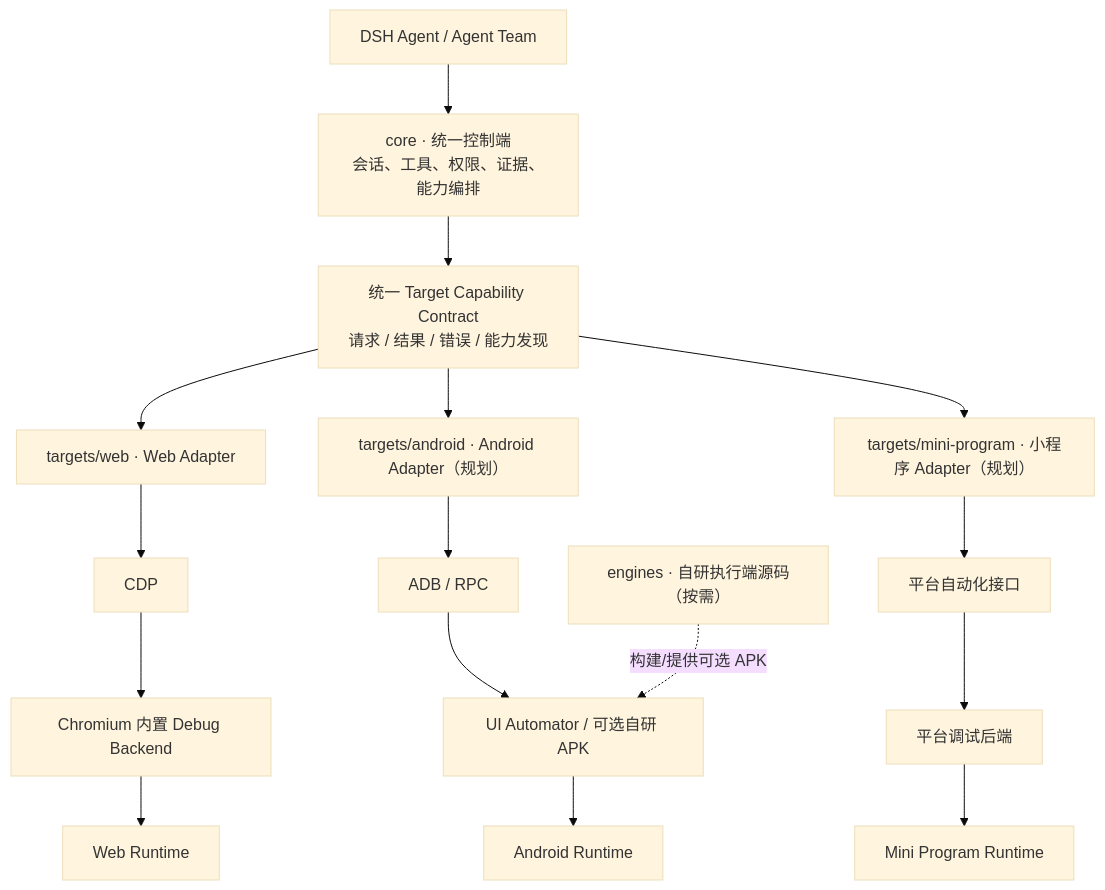
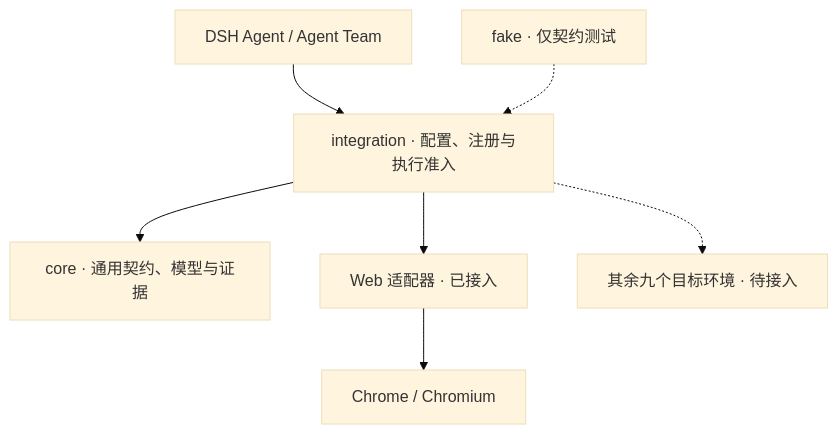
Before and after one commit to bloodarea/dsh-agent-team-ui-testing: the diagram in README_zh.md, drawn with Mermaid (base theme). The commit also changed other lines of this file and 2 other files, not shown here.

````diff
--- a/README_zh.md
+++ b/README_zh.md
@@ -140,12 +65,9 @@
 ```mermaid
 flowchart TB
-    AI["DSH Agent / Agent Team"] --> CORE["core · 统一控制端<br/>会话、工具、权限、证据、能力编排"]
-    CORE --> CONTRACT["统一 Target Capability Contract<br/>请求 / 结果 / 错误 / 能力发现"]
-    CONTRACT --> WEB["targets/web · Web Adapter"]
-    CONTRACT --> AND["targets/android · Android Adapter（规划）"]
-    CONTRACT --> MINI["targets/mini-program · 小程序 Adapter（规划）"]
-    WEB --> CDP["CDP"] --> CHROME["Chromium 内置 Debug Backend"] --> PAGE["Web Runtime"]
-    AND --> ADB["ADB / RPC"] --> AUTOMATE["UI Automator / 可选自研 APK"] --> PHONE["Android Runtime"]
-    MINI --> API["平台自动化接口"] --> MP["平台调试后端"] --> MINIAPP["Mini Program Runtime"]
-    ENGINES["engines · 自研执行端源码（按需）"] -. "构建/提供可选 APK" .-> AUTOMATE
+    A["DSH Agent / Agent Team"] --> I["integration · 配置、注册与执行准入"]
+    I --> C["core · 通用契约、模型与证据"]
+    I --> W["Web 适配器 · 已接入"]
+    I -.-> N["其余九个目标环境 · 待接入"]
+    W --> R["Chrome / Chromium"]
+    F["fake · 仅契约测试"] -.-> I
 ```
````
